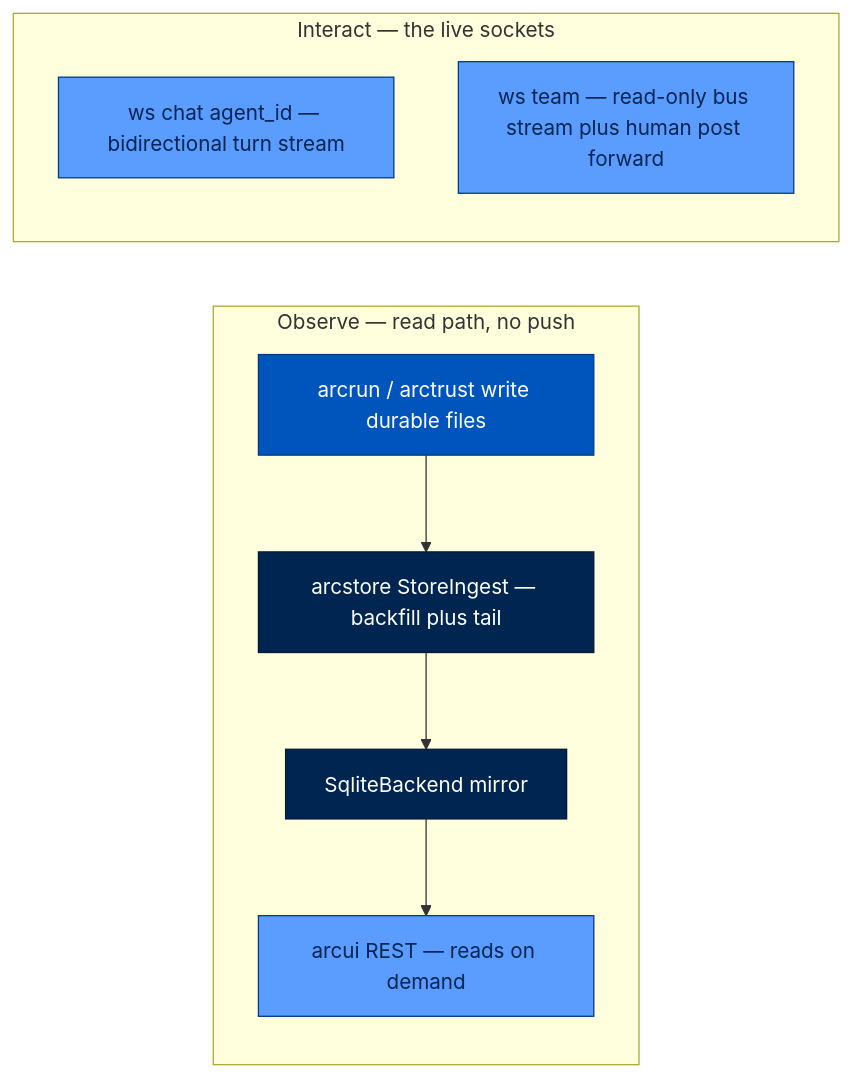
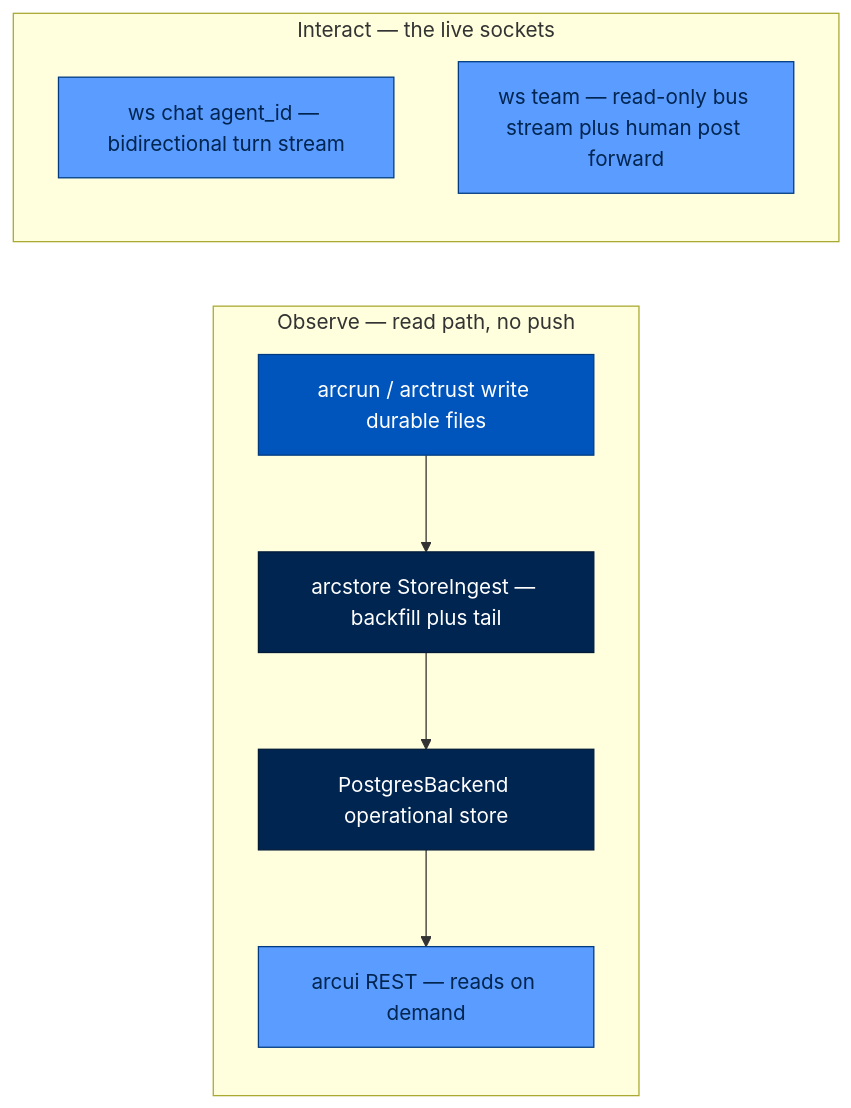
The second of 4 diagrams in docs/building/packages/arcgateway.md (joshuamschultz/Arc), drawn with Mermaid before and after one commit. The commit also changed other lines of this file and 16 other files, not shown here.

First line of the commit message:
docs: align ArcStore references with PostgreSQL cutover

````diff
--- a/docs/building/packages/arcgateway.md
+++ b/docs/building/packages/arcgateway.md
@@ -42,25 +42,25 @@
 ```mermaid
 flowchart LR
     classDef entry   fill:#D6E6FF,stroke:#0073FE,color:#002550
     classDef surface fill:#5A9CFF,stroke:#003B82,color:#002550
     classDef agent   fill:#0073FE,stroke:#0055BC,color:#FFFFFF
     classDef runtime fill:#0055BC,stroke:#003B82,color:#FFFFFF
     classDef found   fill:#002550,stroke:#001A38,color:#FFFFFF
 
     subgraph OBSERVE["Observe — read path, no push"]
         direction TB
         W["arcrun / arctrust write durable files"] --> ING["arcstore StoreIngest — backfill plus tail"]
-        ING --> SQL["SqliteBackend mirror"]
+        ING --> SQL["PostgresBackend operational store"]
         SQL --> REST["arcui REST — reads on demand"]
     end
 
     subgraph INTERACT["Interact — the live sockets"]
         direction TB
         CHAT["ws chat agent_id — bidirectional turn stream"]
         TEAMWS["ws team — read-only bus stream plus human post forward"]
     end
 
     class W runtime
     class ING,SQL found
     class REST,CHAT,TEAMWS surface
 ```
````
